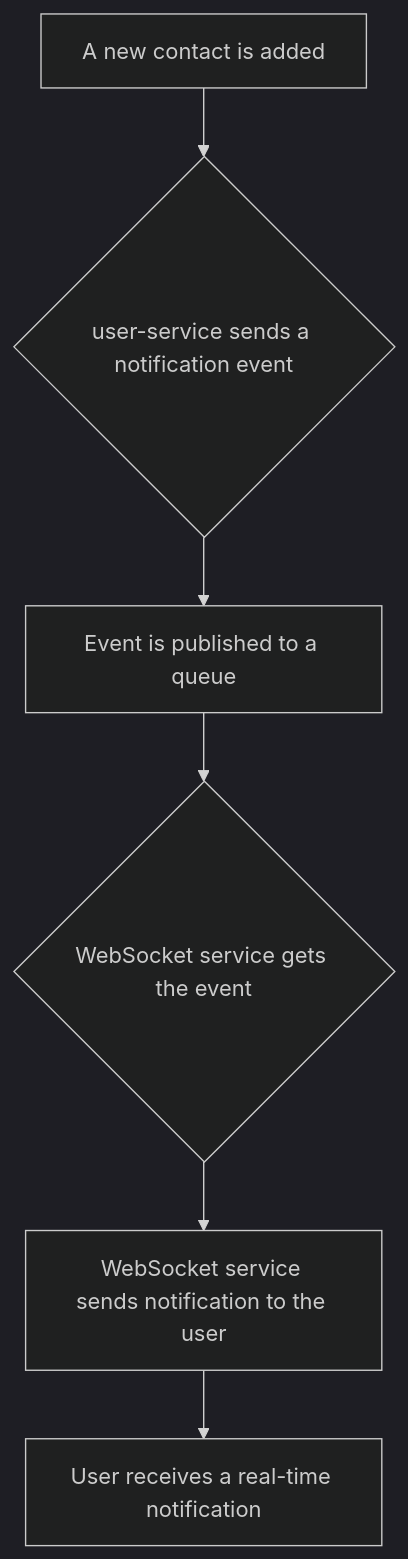
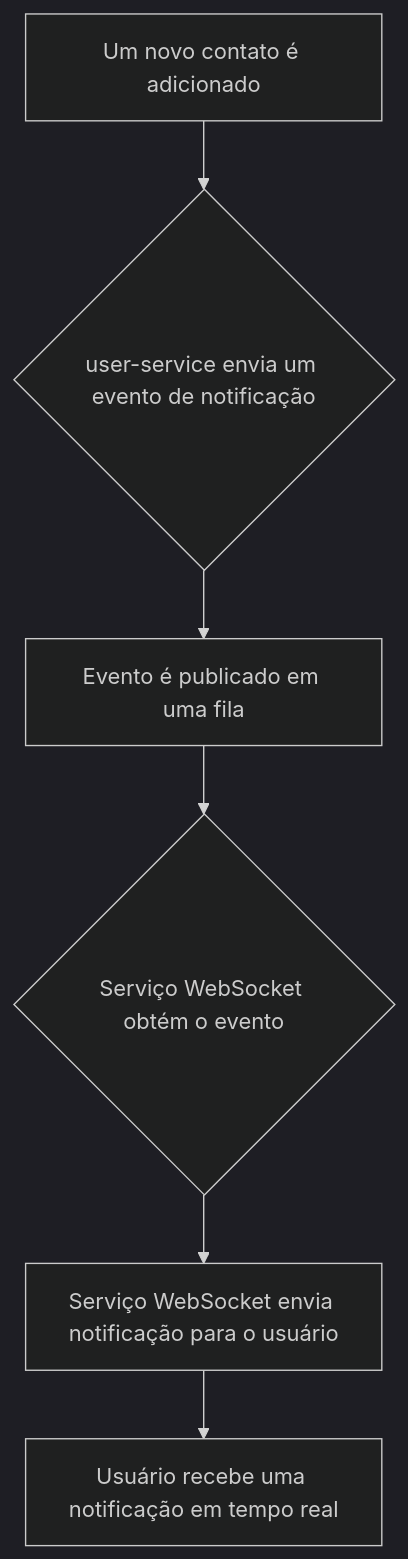
The sixth of 16 diagrams in docs/diagrams.md (Thiagoldo/pos-unifametro-backend), drawn with Mermaid (dark theme) before and after one commit. The commit also changed other lines of this file, not shown here.

Commit message:
docs: translate diagrams.md to portuguese

````diff
--- a/docs/diagrams.md
+++ b/docs/diagrams.md
@@ -89,8 +89,8 @@
 ```mermaid
 graph TD
-    A[A new contact is added] --> B{user-service sends a notification event};
-    B --> C[Event is published to a queue];
-    C --> D{WebSocket service gets the event};
-    D --> E[WebSocket service sends notification to the user];
-    E --> F[User receives a real-time notification];
+    A[Um novo contato é adicionado] --> B{user-service envia um evento de notificação};
+    B --> C[Evento é publicado em uma fila];
+    C --> D{Serviço WebSocket obtém o evento};
+    D --> E[Serviço WebSocket envia notificação para o usuário];
+    E --> F[Usuário recebe uma notificação em tempo real];
 ```
````
